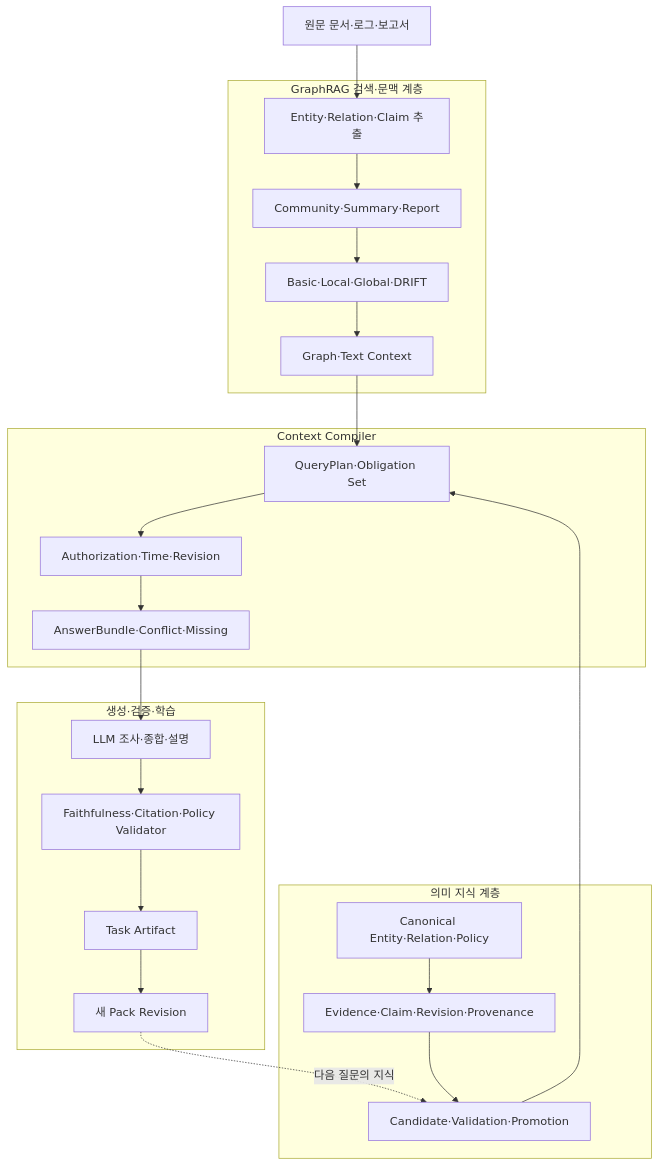
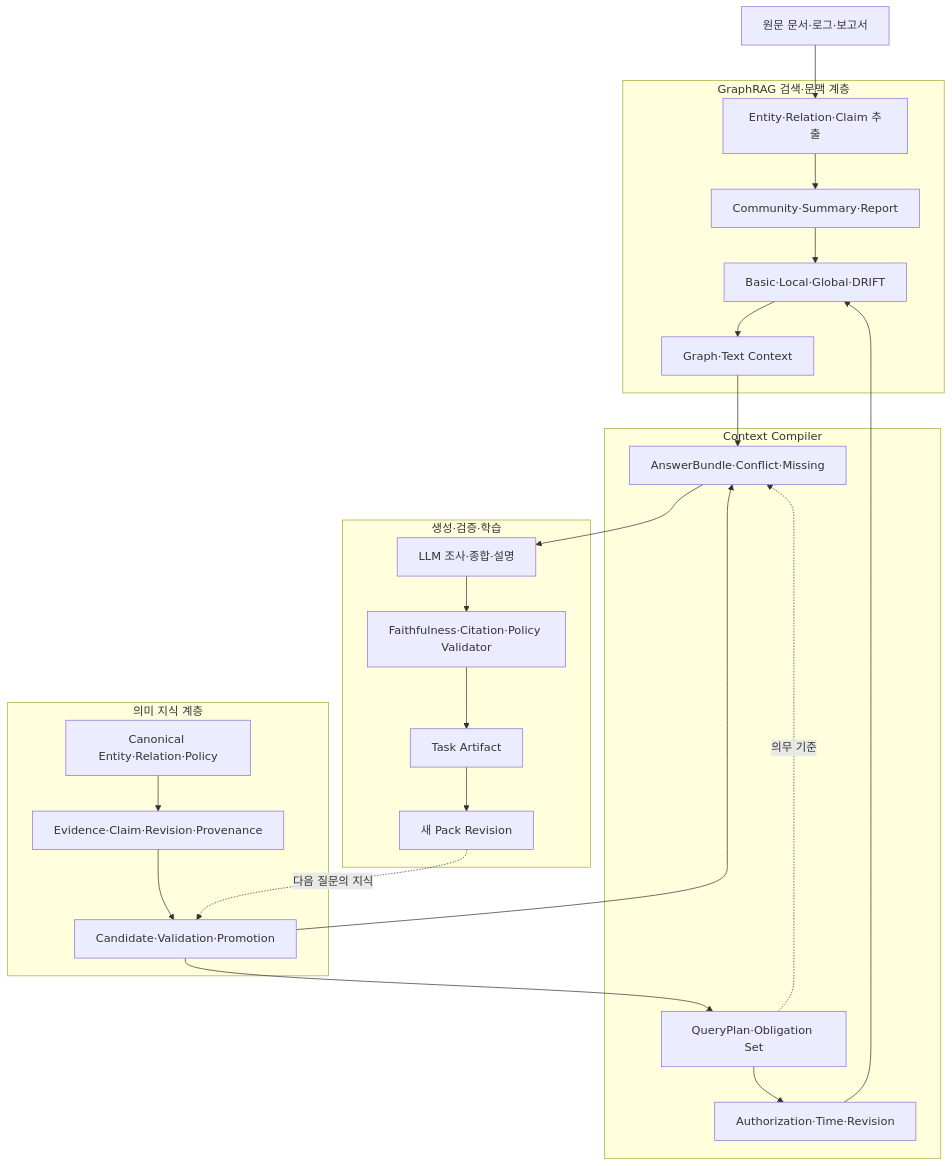
The diagram in content/notes/graphrag-beyond-context-compiler.md (tteggu87/tteggu87.github.io), drawn with Mermaid before and after one commit. The commit also changed other lines of this file and 1 other file, not shown here.

Commit message:
Align Context Compiler flow diagram

````diff
--- a/content/notes/graphrag-beyond-context-compiler.md
+++ b/content/notes/graphrag-beyond-context-compiler.md
@@ -237,40 +237,44 @@
 ```mermaid
 flowchart TB
     S[원문 문서·로그·보고서]
 
     subgraph G[GraphRAG 검색·문맥 계층]
       I[Entity·Relation·Claim 추출]
       C[Community·Summary·Report]
       Q[Basic·Local·Global·DRIFT]
       R[Graph·Text Context]
-      I --> C --> Q --> R
+      I --> C
+      C --> Q --> R
     end
 
     subgraph K[의미 지식 계층]
       O[Canonical Entity·Relation·Policy]
       E[Evidence·Claim·Revision·Provenance]
       P[Candidate·Validation·Promotion]
       O --> E --> P
     end
 
     subgraph X[Context Compiler]
       PL[QueryPlan·Obligation Set]
       AU[Authorization·Time·Revision]
       AB[AnswerBundle·Conflict·Missing]
-      PL --> AU --> AB
+      PL --> AU
     end
 
     subgraph V[생성·검증·학습]
       L[LLM 조사·종합·설명]
       J[Faithfulness·Citation·Policy Validator]
       T[Task Artifact]
       N[새 Pack Revision]
       L --> J --> T --> N
     end
 
     S --> I
-    R --> PL
     P --> PL
+    AU --> Q
+    R --> AB
+    PL -. 의무 기준 .-> AB
+    P --> AB
     AB --> L
     N -. 다음 질문의 지식 .-> P
 ```
````
